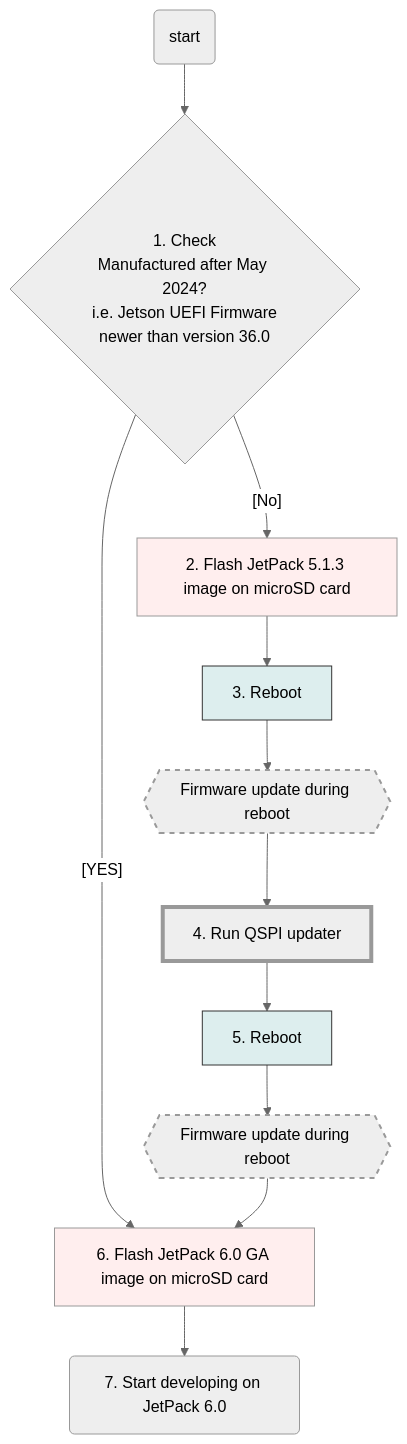
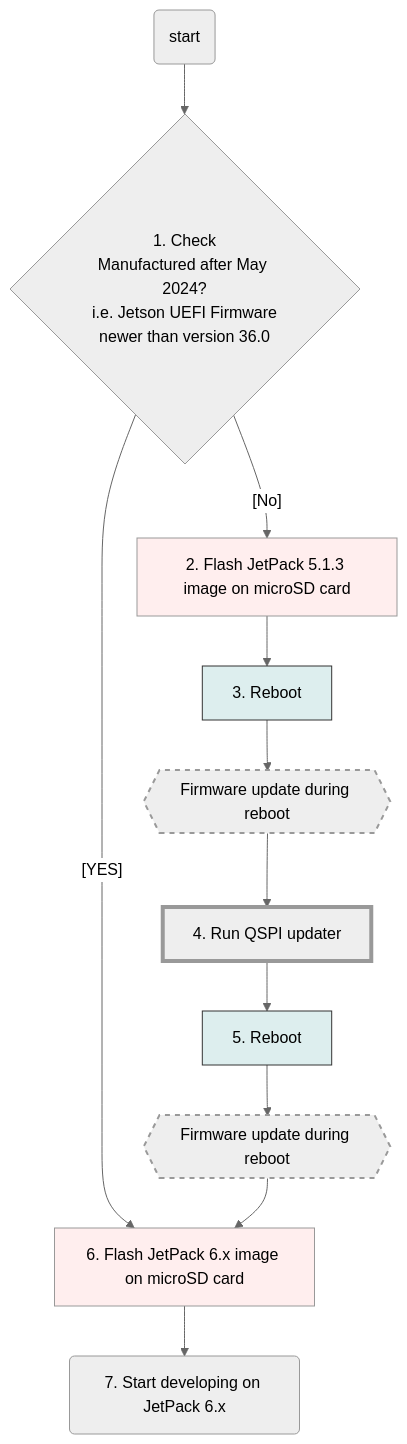
The diagram in docs/initial_setup_jon.md (NVIDIA-AI-IOT/jetson-generative-ai-playground), drawn with Mermaid (neutral theme) before and after one commit. The commit also changed other lines of this file and 1 other file, not shown here.

Commit message:
Make generic notation - JetPack 6.x

````diff
--- a/docs/initial_setup_jon.md
+++ b/docs/initial_setup_jon.md
@@ -53,18 +53,18 @@
     ```mermaid
     flowchart
         A(start) --> B{1. Check<br>Manufactured after May 2024?<br>i.e. Jetson UEFI Firmware<br>newer than version 36.0}
-        B --[YES] --> O[6. Flash JetPack 6.0 GA image on microSD card]
+        B --[YES] --> O[6. Flash JetPack 6.x image on microSD card]
         B --[No] --> C[2. Flash JetPack 5.1.3 image on microSD card]
         C --> D[3. Reboot] --> E{{Firmware update during reboot}}
         E --> F[4. Run QSPI updater] --> G[5. Reboot] --> H{{Firmware update during reboot}}
         H --> O
-        O --> P(7. Start developing on JetPack 6.0) 
+        O --> P(7. Start developing on JetPack 6.x) 
 
         style C fill:#fee
         style D fill:#DEE,stroke:#333
         style G fill:#DEE,stroke:#333
         style F stroke-width:4px
         style E stroke-width:2px,stroke-dasharray: 5 5
         style H stroke-width:2px,stroke-dasharray: 5 5
         style O fill:#fee
     ```
````
